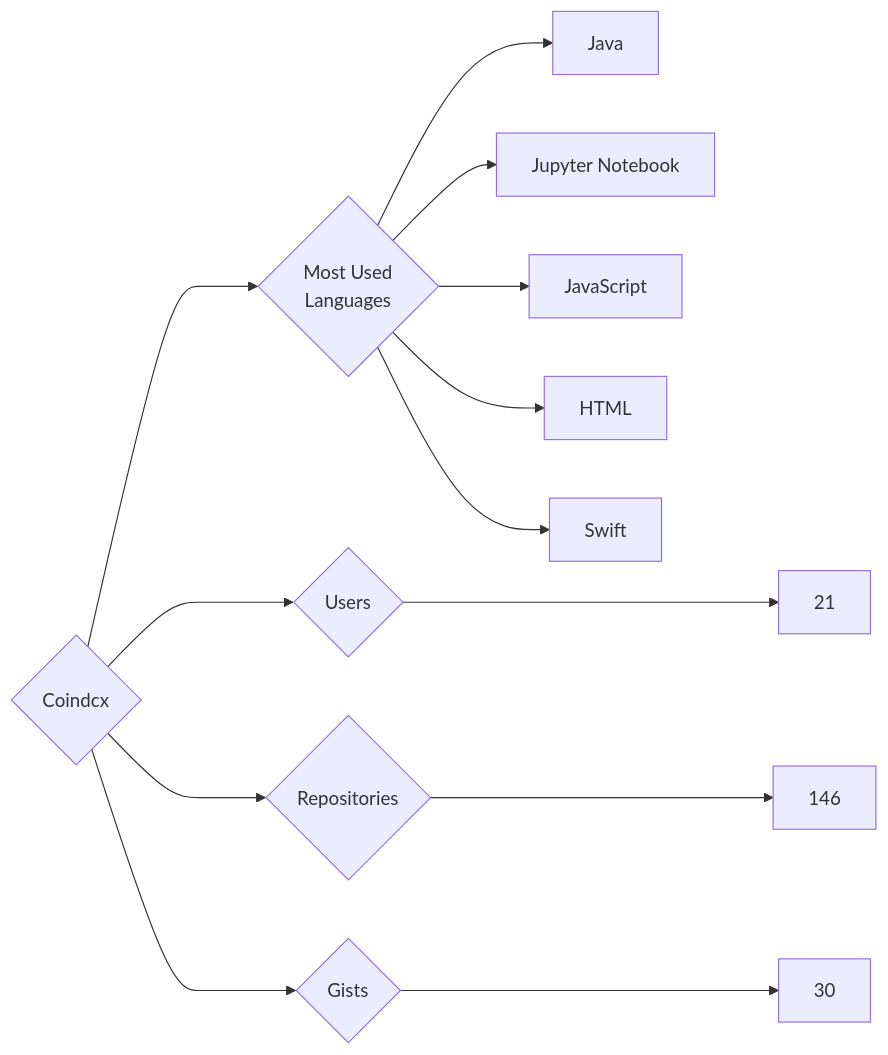
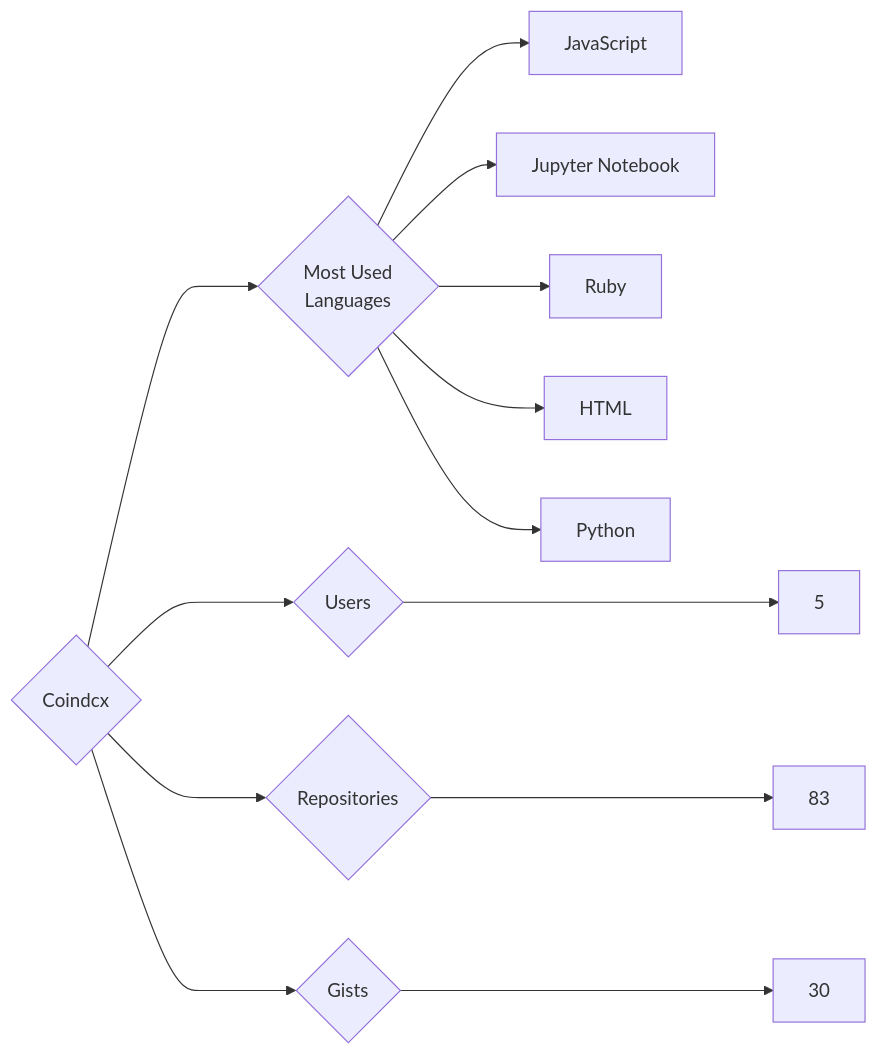
Before and after one commit to trickest/insiders: the diagram in targets/Coindcx/README.md, drawn with Mermaid. The commit also changed 873 other files, not shown here.

````diff
--- a/targets/Coindcx/README.md
+++ b/targets/Coindcx/README.md
@@ -3,13 +3,13 @@
 ```mermaid
 graph LR
 COMPANY_NAME{Coindcx}
-COMPANY_NAME ---> U{Users} ---> UN[21]
-COMPANY_NAME ---> R{Repositories} ---> RN[146]
+COMPANY_NAME ---> U{Users} ---> UN[5]
+COMPANY_NAME ---> R{Repositories} ---> RN[83]
 COMPANY_NAME ---> G{Gists} ---> GN[30]
 COMPANY_NAME ---> ML{Most Used<br>Languages}
-ML --> Java[Java]
+ML --> JavaScript[JavaScript]
 ML --> Jupyter_Notebook[Jupyter Notebook]
-ML --> JavaScript[JavaScript]
+ML --> Ruby[Ruby]
 ML --> HTML[HTML]
-ML --> Swift[Swift]
+ML --> Python[Python]
 ```
````
